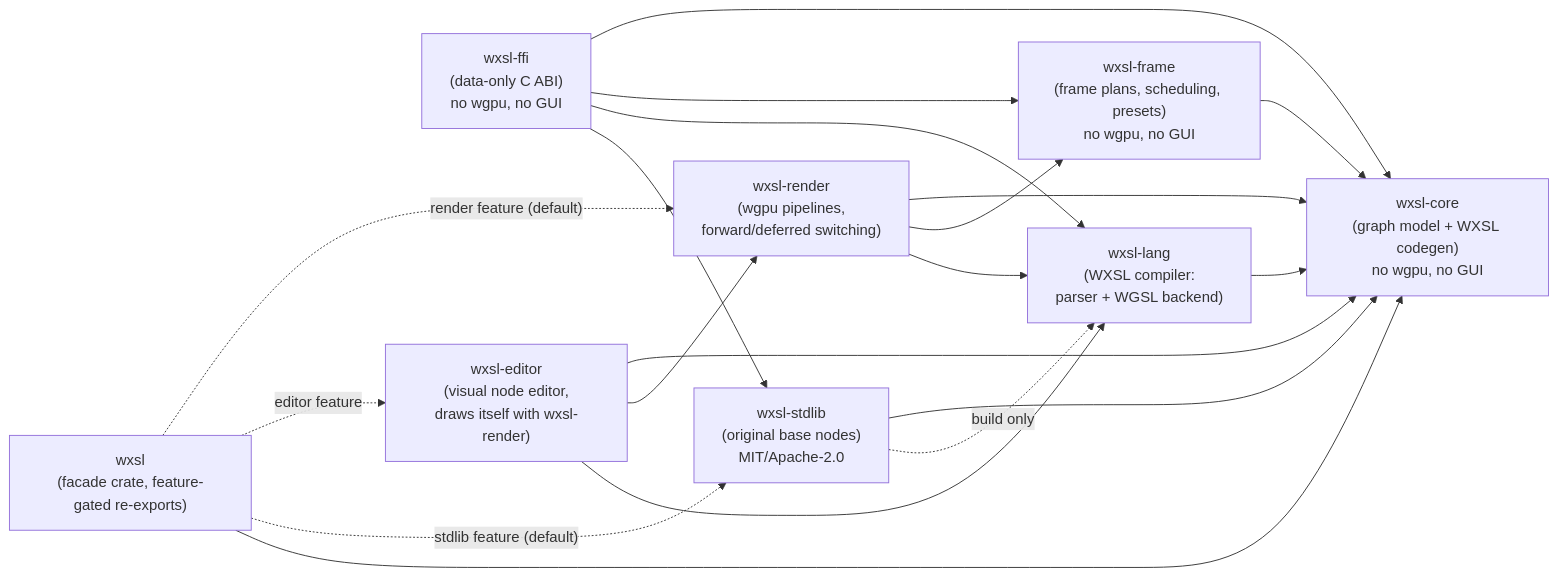
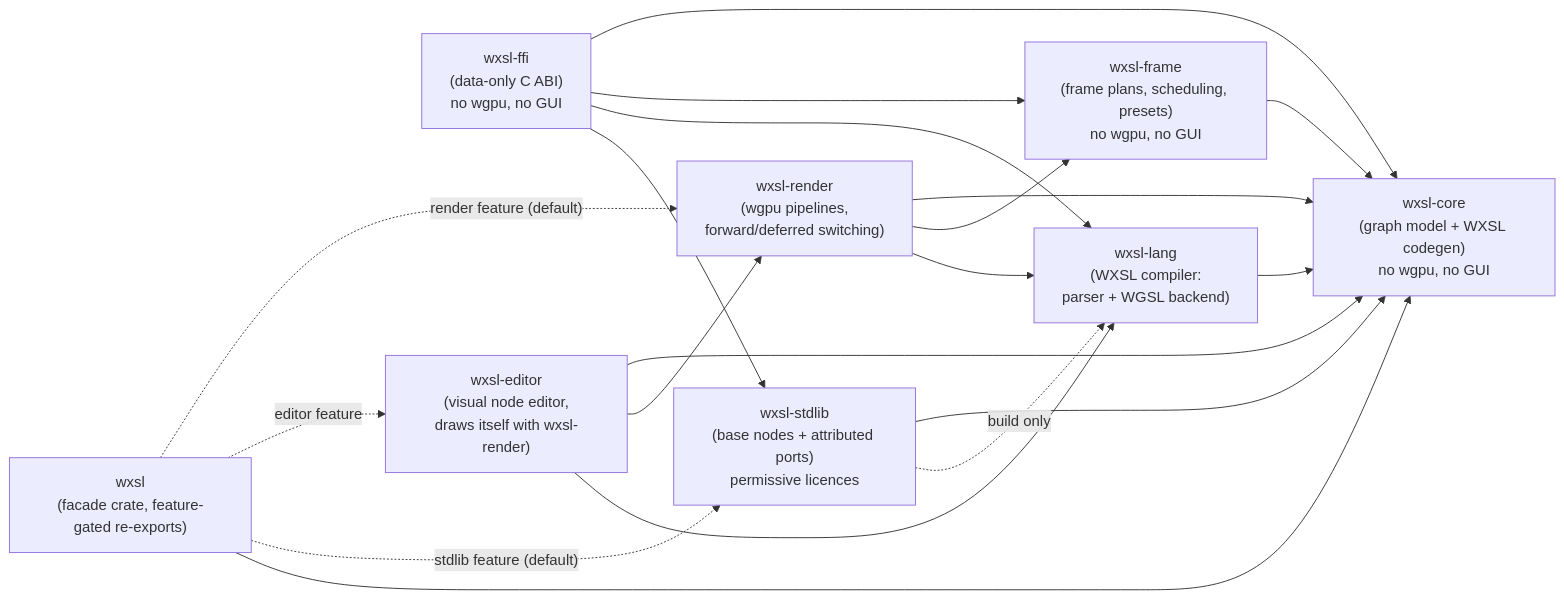
Before and after one commit to lapiequichante/wesloom: the first of 2 diagrams in docs/architecture.md, drawn with Mermaid. The commit also changed other lines of this file and 18 other files, not shown here.

````diff
--- a/docs/architecture.md
+++ b/docs/architecture.md
@@ -20,30 +20,30 @@
 ```mermaid
 graph LR
     core["wxsl-core<br/>(graph model + WXSL codegen)<br/>no wgpu, no GUI"]
     lang["wxsl-lang<br/>(WXSL compiler:<br/>parser + WGSL backend)"]
     frame["wxsl-frame<br/>(frame plans, scheduling, presets)<br/>no wgpu, no GUI"]
     ffi["wxsl-ffi<br/>(data-only C ABI)<br/>no wgpu, no GUI"]
     render["wxsl-render<br/>(wgpu pipelines,<br/>forward/deferred switching)"]
     editor["wxsl-editor<br/>(visual node editor,<br/>draws itself with wxsl-render)"]
-    stdlib["wxsl-stdlib<br/>(original base nodes)<br/>MIT/Apache-2.0"]
+    stdlib["wxsl-stdlib<br/>(base nodes + attributed ports)<br/>permissive licences"]
     facade["wxsl<br/>(facade crate, feature-gated re-exports)"]
 
     render --> core
     render --> frame
     frame --> core
     ffi --> core
     ffi --> frame
     ffi --> lang
     ffi --> stdlib
     render --> lang
     editor --> core
     editor --> render
     editor --> lang
     lang --> core
     stdlib --> core
     stdlib -. "build only" .-> lang
     facade -. "render feature (default)" .-> render
     facade -. "editor feature" .-> editor
     facade -. "stdlib feature (default)" .-> stdlib
     facade --> core
 ```
````
